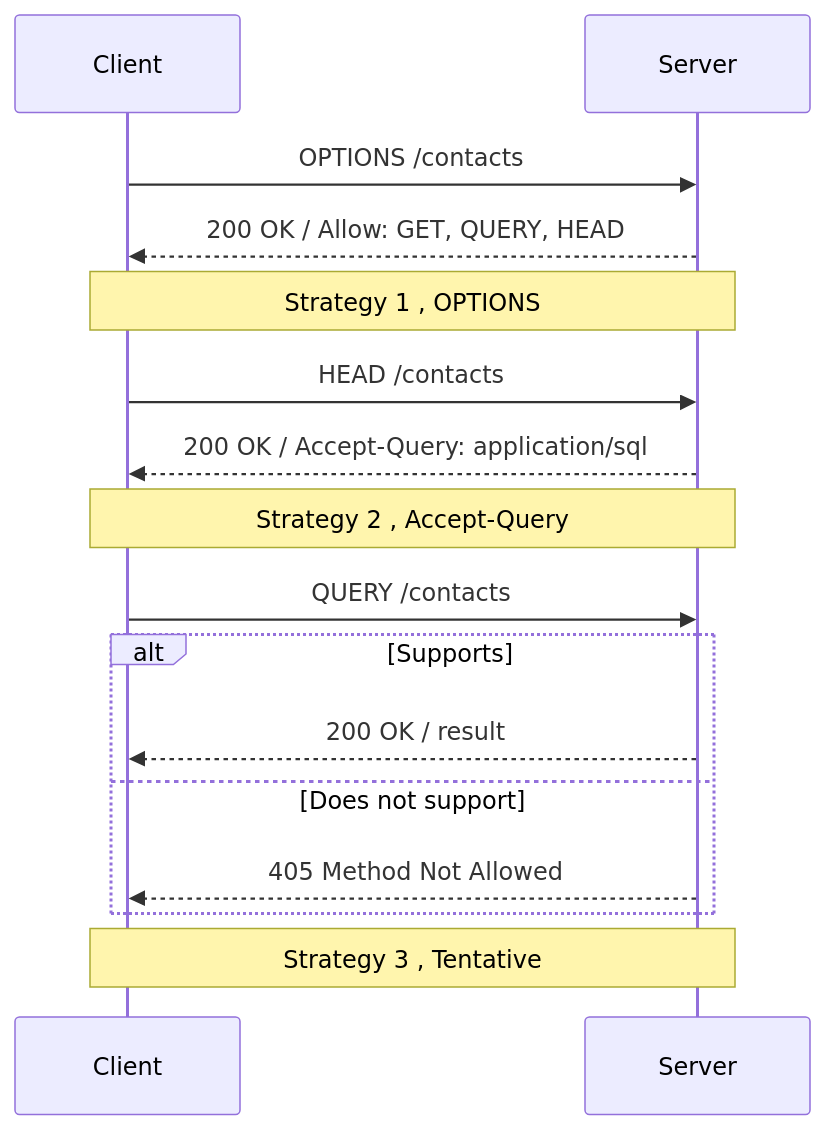
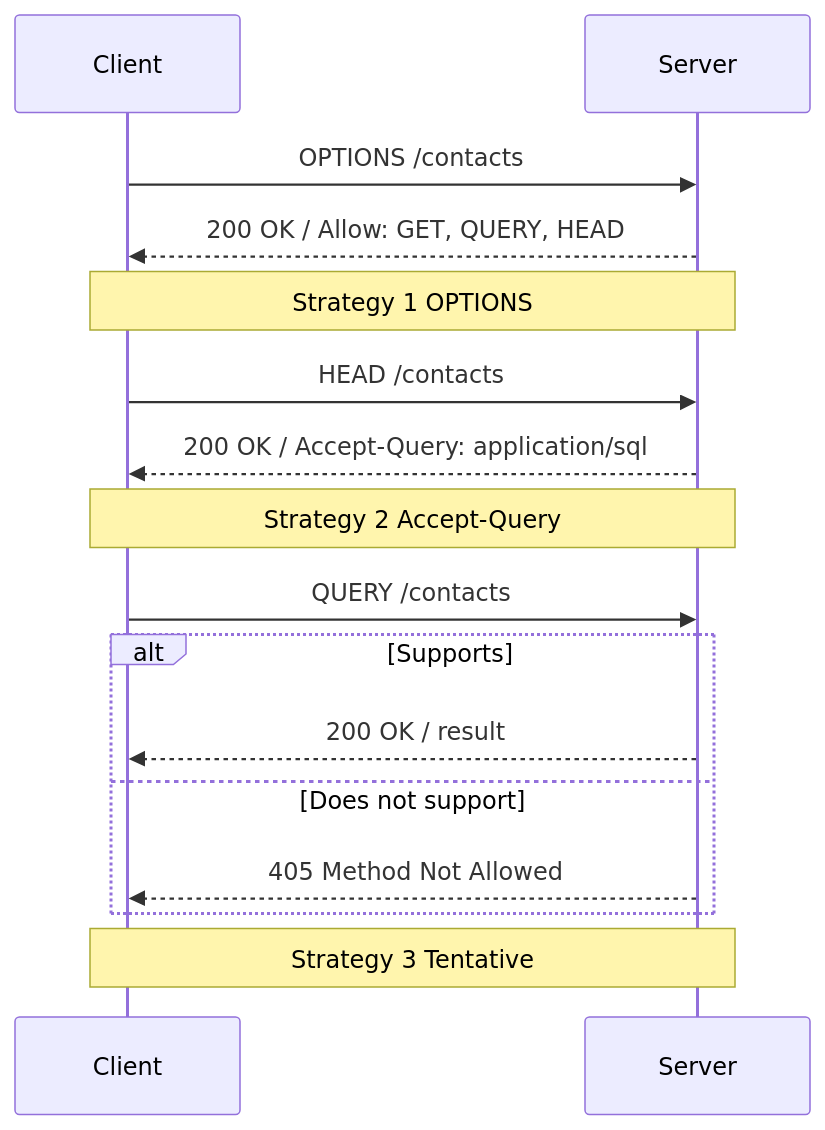
The fourth of 9 diagrams in content/articles/http-query-method/index.md (dyotamo/blog), drawn with Mermaid before and after one commit. The commit also changed other lines of this file and 17 other files, not shown here.

````diff
--- a/content/articles/http-query-method/index.md
+++ b/content/articles/http-query-method/index.md
@@ -170,18 +170,18 @@
 ```mermaid
 sequenceDiagram
     participant C as Client
     participant S as Server
     C->>S: OPTIONS /contacts
     S-->>C: 200 OK / Allow: GET, QUERY, HEAD
-    Note over C,S: Strategy 1 ,  OPTIONS
+    Note over C,S: Strategy 1  OPTIONS
     C->>S: HEAD /contacts
     S-->>C: 200 OK / Accept-Query: application/sql
-    Note over C,S: Strategy 2 ,  Accept-Query
+    Note over C,S: Strategy 2  Accept-Query
     C->>S: QUERY /contacts
     alt Supports
         S-->>C: 200 OK / result
     else Does not support
         S-->>C: 405 Method Not Allowed
     end
-    Note over C,S: Strategy 3 ,  Tentative
+    Note over C,S: Strategy 3  Tentative
 ```
````
